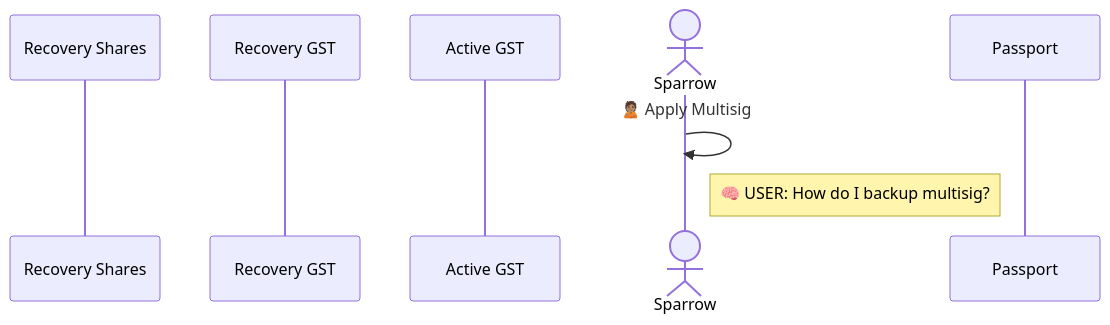
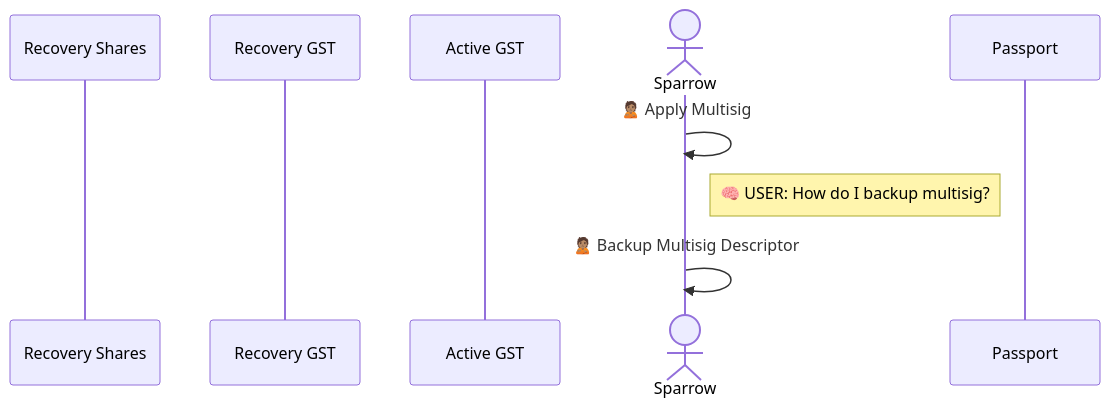
Before and after one commit to BlockchainCommons/SmartCustody: the fifth of 12 diagrams in Docs/Scenario-Multisig-RR.md, drawn with Mermaid.

````diff
--- a/Docs/Scenario-Multisig-RR.md
+++ b/Docs/Scenario-Multisig-RR.md
@@ -118,11 +118,12 @@
 ```mermaid
 sequenceDiagram
 participant Rs as Recovery Shares
 participant R as Recovery GST
 participant S1 as Active GST
 actor TC as Sparrow
 participant S2 as Passport
 
 TC->>TC: 🙎🏽 Apply Multisig
 note right of TC: 🧠 USER: How do I backup multisig?
+TC->>TC: 🙎🏽 Backup Multisig Descriptor
 ```
````
